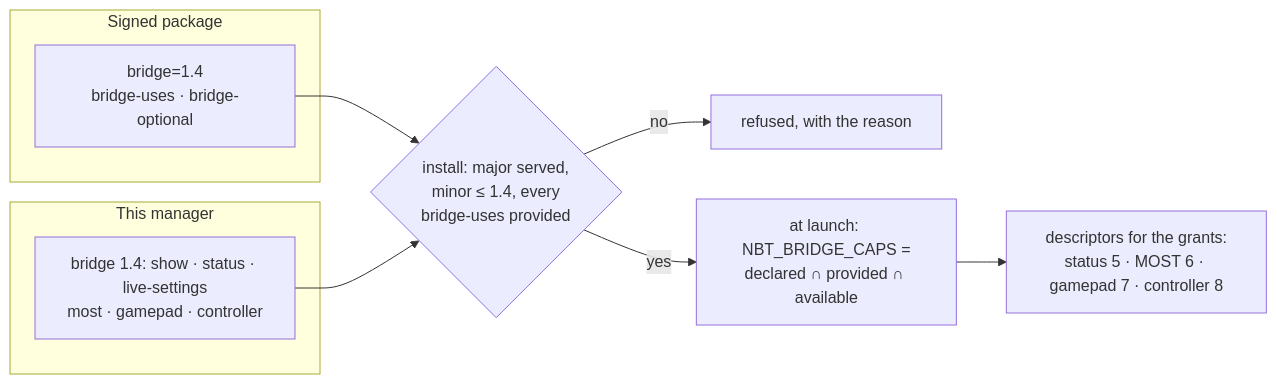
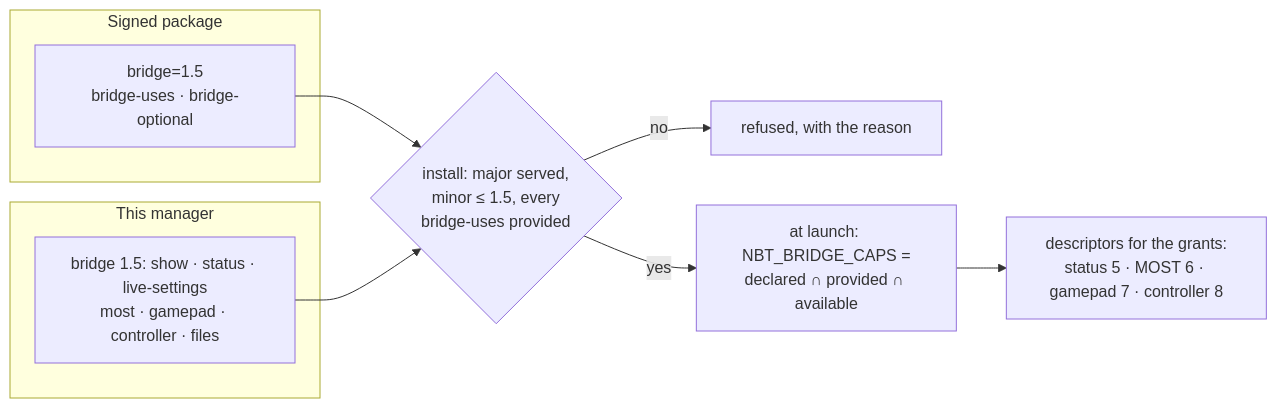
The second of 2 diagrams in docs/app-bridge.md (NBTFoundry/manager), drawn with Mermaid before and after one commit. The commit also changed other lines of this file and 98 other files, not shown here.

````diff
--- a/docs/app-bridge.md
+++ b/docs/app-bridge.md
@@ -65,14 +66,14 @@
 ```mermaid
 flowchart LR
   subgraph Declared["Signed package"]
-    D["bridge=1.4<br/>bridge-uses · bridge-optional"]
+    D["bridge=1.5<br/>bridge-uses · bridge-optional"]
   end
   subgraph Provider["This manager"]
-    P["bridge 1.4: show · status · live-settings<br/>most · gamepad · controller"]
+    P["bridge 1.5: show · status · live-settings<br/>most · gamepad · controller · files"]
   end
-  D --> CHECK{"install: major served,<br/>minor ≤ 1.4, every<br/>bridge-uses provided"}
+  D --> CHECK{"install: major served,<br/>minor ≤ 1.5, every<br/>bridge-uses provided"}
   P --> CHECK
   CHECK -->|"no"| REFUSE["refused, with the reason"]
   CHECK -->|"yes"| GRANT["at launch: NBT_BRIDGE_CAPS =<br/>declared ∩ provided ∩ available"]
   GRANT --> FDS["descriptors for the grants:<br/>status 5 · MOST 6 · gamepad 7 · controller 8"]
 ```
````
